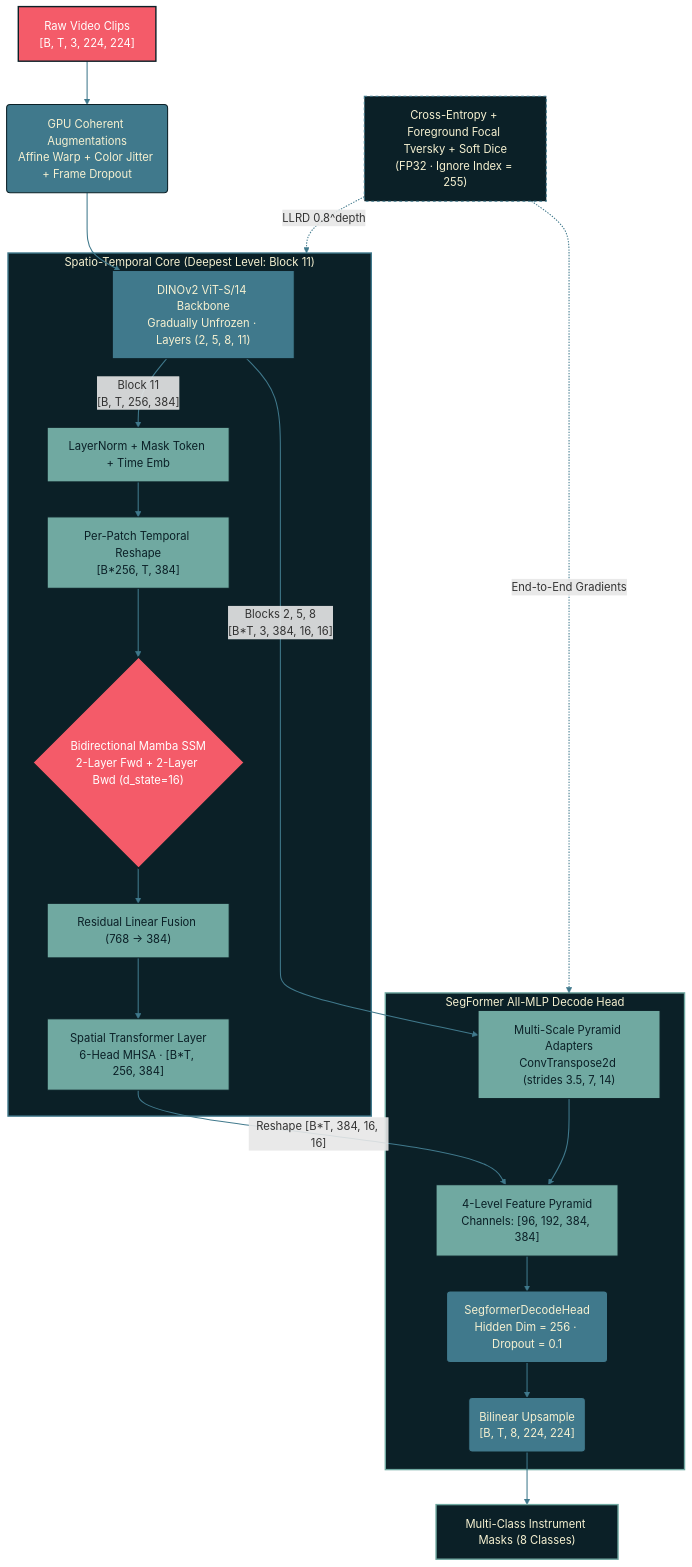
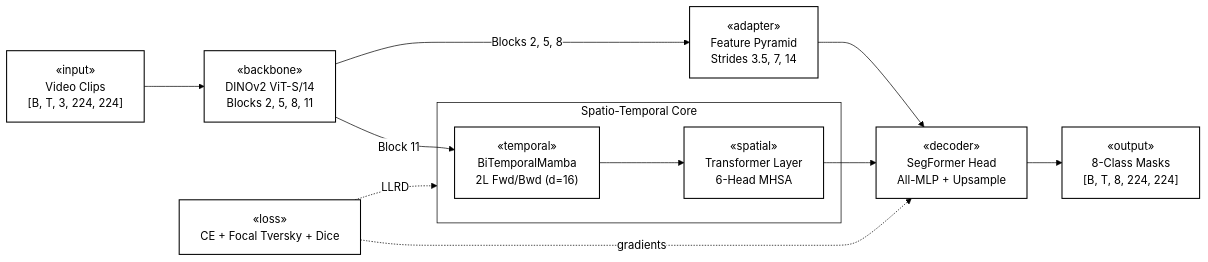
Before and after one commit to Asmit159/ST-HTM: the diagram in README.md, drawn with Mermaid.

Commit message:
Revise architecture diagram in README
Updated architecture diagram to reflect new input and processing flow.

````diff
--- a/README.md
+++ b/README.md
@@ -67,43 +67,29 @@
 ```mermaid
-graph TD
-    A["Raw Video Clips<br>[B, T, 3, 224, 224]"] --> B("GPU Coherent Augmentations<br>Affine Warp + Color Jitter + Frame Dropout")
-    B --> C["DINOv2 ViT-S/14 Backbone<br>Gradually Unfrozen · Layers (2, 5, 8, 11)"]
+%%{init: {'theme': 'base', 'themeVariables': {'primaryColor': '#ffffff', 'primaryTextColor': '#000000', 'primaryBorderColor': '#000000', 'lineColor': '#000000', 'clusterBkg': '#ffffff', 'clusterBorder': '#000000'}}}%%
+graph LR
+    IN["&laquo;input&raquo;<br>Video Clips<br>[B, T, 3, 224, 224]"]
+    BB["&laquo;backbone&raquo;<br>DINOv2 ViT-S/14<br>Blocks 2, 5, 8, 11"]
 
-    C -->|"Blocks 2, 5, 8<br>[B*T, 3, 384, 16, 16]"| P_SKIP["Multi-Scale Pyramid Adapters<br>ConvTranspose2d (strides 3.5, 7, 14)"]
-
-    subgraph ST_CORE["Spatio-Temporal Core (Deepest Level: Block 11)"]
-        C -->|"Block 11<br>[B, T, 256, 384]"| D["LayerNorm + Mask Token + Time Emb"]
-        D --> E["Per-Patch Temporal Reshape<br>[B*256, T, 384]"]
-        E --> F{"Bidirectional Mamba SSM<br>2-Layer Fwd + 2-Layer Bwd (d_state=16)"}
-        F --> G["Residual Linear Fusion (768 → 384)"]
-        G --> H["Spatial Transformer Layer<br>6-Head MHSA · [B*T, 256, 384]"]
+    subgraph CORE ["Spatio-Temporal Core"]
+        TM["&laquo;temporal&raquo;<br>BiTemporalMamba<br>2L Fwd/Bwd (d=16)"]
+        SP["&laquo;spatial&raquo;<br>Transformer Layer<br>6-Head MHSA"]
     end
 
-    subgraph DEC_HEAD["SegFormer All-MLP Decode Head"]
-        P_SKIP --> I["4-Level Feature Pyramid<br>Channels: [96, 192, 384, 384]"]
-        H -->|"Reshape [B*T, 384, 16, 16]"| I
-        I --> J("SegformerDecodeHead<br>Hidden Dim = 256 · Dropout = 0.1")
-        J --> K("Bilinear Upsample<br>[B, T, 8, 224, 224]")
-    end
+    PYR["&laquo;adapter&raquo;<br>Feature Pyramid<br>Strides 3.5, 7, 14"]
+    DEC["&laquo;decoder&raquo;<br>SegFormer Head<br>All-MLP + Upsample"]
+    OUT["&laquo;output&raquo;<br>8-Class Masks<br>[B, T, 8, 224, 224]"]
+    LOSS["&laquo;loss&raquo;<br>CE + Focal Tversky + Dice"]
 
-    K --> OUT["Multi-Class Instrument Masks (8 Classes)"]
+    IN --> BB
+    BB -->|"Blocks 2, 5, 8"| PYR
+    BB -->|"Block 11"| TM
+    TM --> SP
+    PYR --> DEC
+    SP --> DEC
+    DEC --> OUT
+    LOSS -.->|"gradients"| DEC
+    LOSS -.->|"LLRD"| CORE
 
-    Loss["Cross-Entropy + Foreground Focal Tversky + Soft Dice<br>(FP32 · Ignore Index = 255)"] -.->|End-to-End Gradients| DEC_HEAD
-    Loss -.->|LLRD 0.8^depth| ST_CORE
-
-    classDef coralHighlight fill:#F45B69,stroke:#0B2027,stroke-width:2px,color:#FFFFFF;
-    classDef darkBlock fill:#0B2027,stroke:#70A9A1,stroke-width:2px,color:#F6F1D1;
-    classDef tealBlock fill:#40798C,stroke:#0B2027,stroke-width:1.5px,color:#F6F1D1;
-    classDef aquaBlock fill:#70A9A1,stroke:#0B2027,stroke-width:1.5px,color:#0B2027;
-    classDef lossConstraint fill:#0B2027,stroke:#40798C,stroke-width:1.5px,stroke-dasharray: 4 4,color:#F6F1D1;
-
-    class A,F coralHighlight;
-    class OUT darkBlock;
-    class B,C,J,K tealBlock;
-    class D,E,G,H,I,P_SKIP aquaBlock;
-    class Loss lossConstraint;
-
-    style ST_CORE fill:#0B2027,stroke:#40798C,stroke-width:2px,color:#F6F1D1
-    style DEC_HEAD fill:#0B2027,stroke:#70A9A1,stroke-width:2px,color:#F6F1D1
-    linkStyle default stroke:#40798C,stroke-width:1.5px;
+    classDef uml fill:#ffffff,stroke:#000000,stroke-width:1.5px,color:#000000;
+    class IN,BB,TM,SP,PYR,DEC,OUT,LOSS uml;
 ```
````
